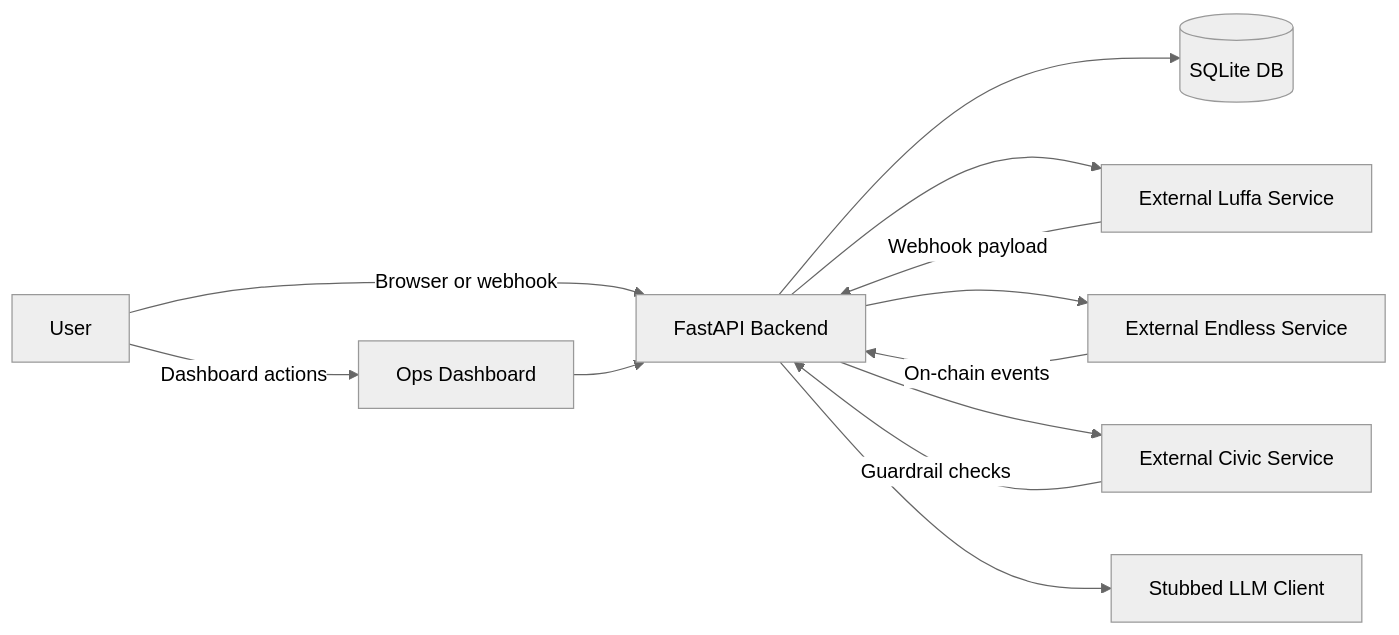
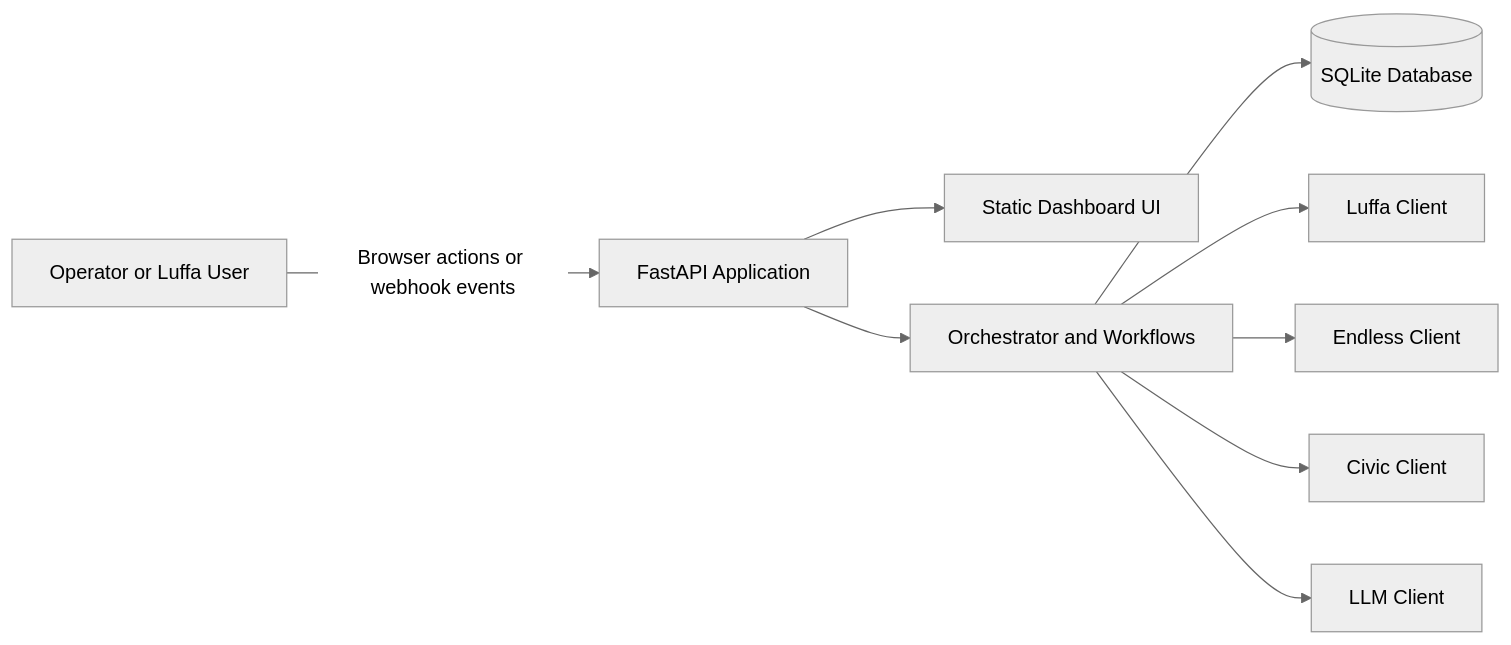
Before and after one commit to MasteraSnackin/ShowRunner: the diagram in README.md, drawn with Mermaid (neutral theme). The commit also changed other lines of this file, not shown here.

````diff
--- a/README.md
+++ b/README.md
@@ -60,14 +55,11 @@
 ```mermaid
 flowchart LR
-    User[User] -->|Browser or webhook| API[FastAPI Backend]
-    User -->|Dashboard actions| UI[Ops Dashboard]
-    UI --> API
-    API --> DB[(SQLite DB)]
-    API --> Luffa[External Luffa Service]
-    API --> Endless[External Endless Service]
-    API --> Civic[External Civic Service]
-    API --> LLM[Stubbed LLM Client]
-    Luffa -->|Webhook payload| API
-    Endless -->|On‑chain events| API
-    Civic -->|Guardrail checks| API
+    User[Operator or Luffa User] -->|Browser actions or webhook events| API[FastAPI Application]
+    API --> Dashboard[Static Dashboard UI]
+    API --> Orchestrator[Orchestrator and Workflows]
+    Orchestrator --> DB[(SQLite Database)]
+    Orchestrator --> Luffa[Luffa Client]
+    Orchestrator --> Endless[Endless Client]
+    Orchestrator --> Civic[Civic Client]
+    Orchestrator --> LLM[LLM Client]
 ```
````
